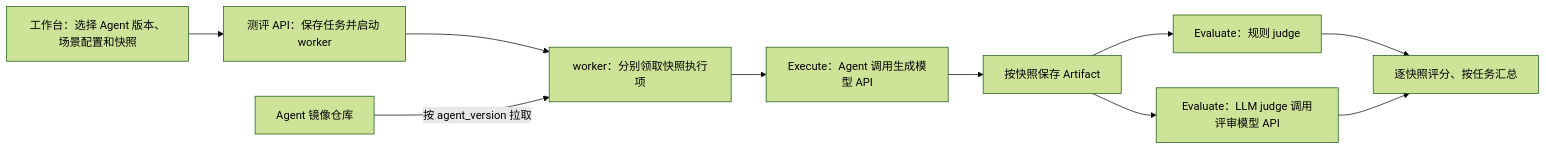
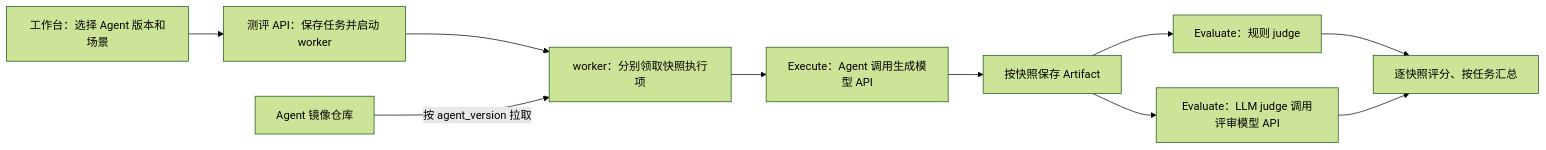
Before and after one commit to zhaochy1990/running: the first of 2 diagrams in docs/superpowers/specs/2026-11-23-offline-plan-eval.md, drawn with Mermaid (forest theme). The commit also changed other lines of this file and 1 other file, not shown here.

````diff
--- a/docs/superpowers/specs/2026-11-23-offline-plan-eval.md
+++ b/docs/superpowers/specs/2026-11-23-offline-plan-eval.md
@@ -30,12 +30,12 @@
 ```mermaid
 flowchart LR
-    UI["工作台：选择 Agent 版本、场景配置和快照"] --> API["测评 API：保存任务并启动 worker"]
+    UI["工作台：选择 Agent 版本和场景"] --> API["测评 API：保存任务并启动 worker"]
     API --> W["worker：分别领取快照执行项"]
     REG["Agent 镜像仓库"] -->|按 agent_version 拉取| W
     W --> EX["Execute：Agent 调用生成模型 API"]
     EX --> STORE["按快照保存 Artifact"]
     STORE --> RULE["Evaluate：规则 judge"]
     STORE --> LLM["Evaluate：LLM judge 调用评审模型 API"]
     RULE --> REP["逐快照评分、按任务汇总"]
     LLM --> REP
 ```
````
